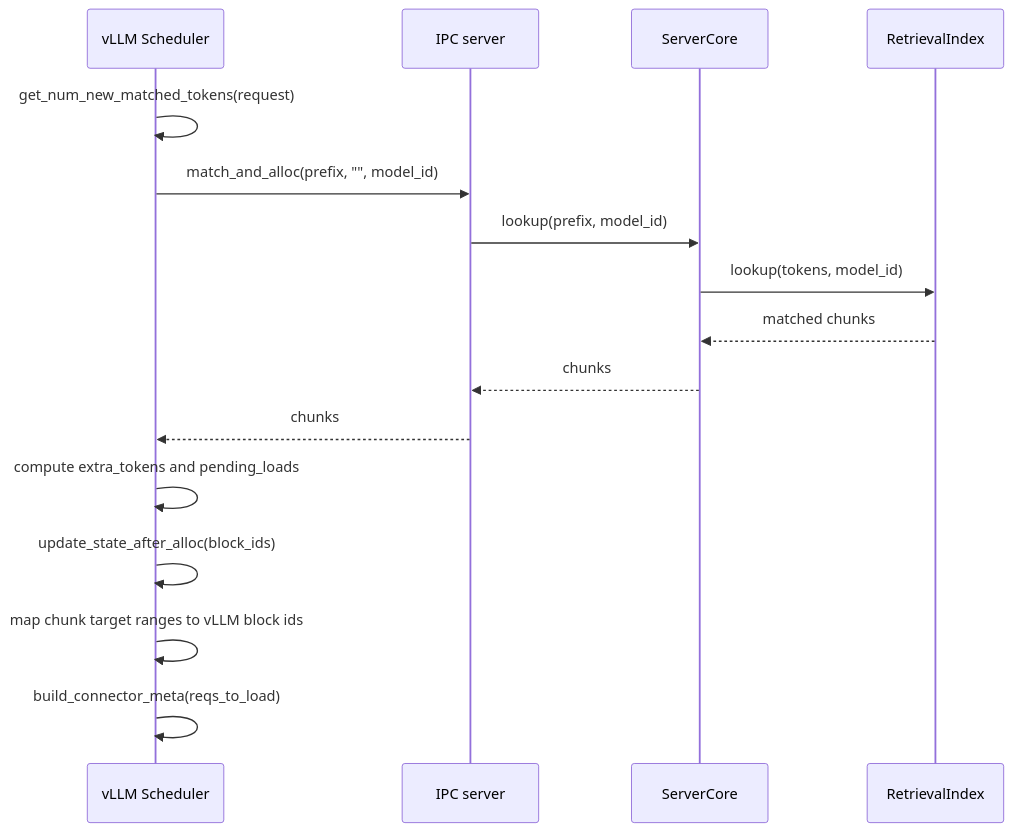
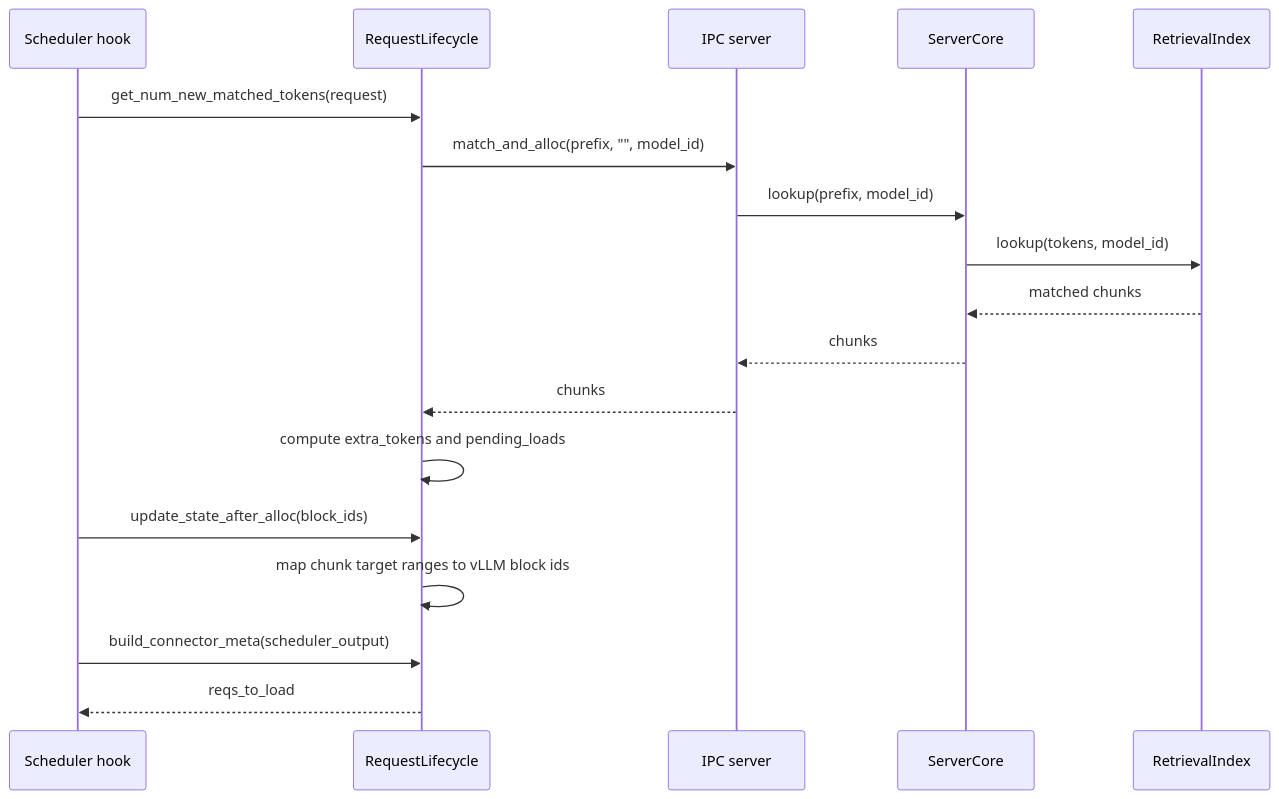
Before and after one commit to GentleCold/DaseR: the sixth of 8 diagrams in docs/design/flows.md, drawn with Mermaid. The commit also changed other lines of this file and 33 other files, not shown here.

````diff
--- a/docs/design/flows.md
+++ b/docs/design/flows.md
@@ -155,19 +158,21 @@
 ```mermaid
 sequenceDiagram
-    participant S as vLLM Scheduler
+    participant S as Scheduler hook
+    participant SL as RequestLifecycle
     participant IPC as IPC server
     participant C as ServerCore
     participant RI as RetrievalIndex
 
-    S->>S: get_num_new_matched_tokens(request)
-    S->>IPC: match_and_alloc(prefix, "", model_id)
+    S->>SL: get_num_new_matched_tokens(request)
+    SL->>IPC: match_and_alloc(prefix, "", model_id)
     IPC->>C: lookup(prefix, model_id)
     C->>RI: lookup(tokens, model_id)
     RI-->>C: matched chunks
     C-->>IPC: chunks
-    IPC-->>S: chunks
-    S->>S: compute extra_tokens and pending_loads
-    S->>S: update_state_after_alloc(block_ids)
-    S->>S: map chunk target ranges to vLLM block ids
-    S->>S: build_connector_meta(reqs_to_load)
+    IPC-->>SL: chunks
+    SL->>SL: compute extra_tokens and pending_loads
+    S->>SL: update_state_after_alloc(block_ids)
+    SL->>SL: map chunk target ranges to vLLM block ids
+    S->>SL: build_connector_meta(scheduler_output)
+    SL-->>S: reqs_to_load
 ```
````
